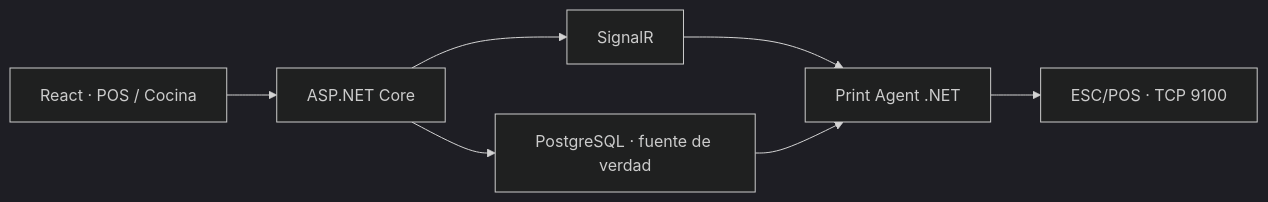
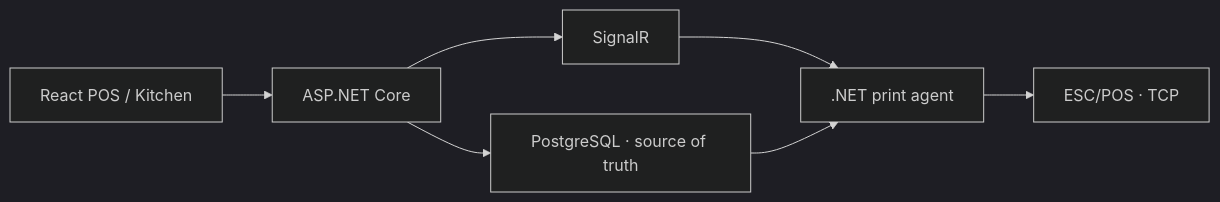
One commit to Johan-Alvarez-Dev/diwypos-case-study changed the diagram in README.md. Above: the diagram before and after it, drawn with Mermaid (dark theme). The commit also changed other lines of this file and 14 other files, not shown here.

````diff
--- a/README.md
+++ b/README.md
@@ -32,9 +32,9 @@
 ```mermaid
 flowchart LR
-  Web["React · POS / Cocina"] --> API["ASP.NET Core"]
-  API --> DB["PostgreSQL · fuente de verdad"]
+  POS["React POS / Kitchen"] --> API["ASP.NET Core"]
+  API --> DB["PostgreSQL · source of truth"]
   API --> Hub["SignalR"]
-  Hub --> Agent["Print Agent .NET"]
+  Hub --> Agent[".NET print agent"]
   DB --> Agent
-  Agent --> Printer["ESC/POS · TCP 9100"]
+  Agent --> Printer["ESC/POS · TCP"]
 ```
````
